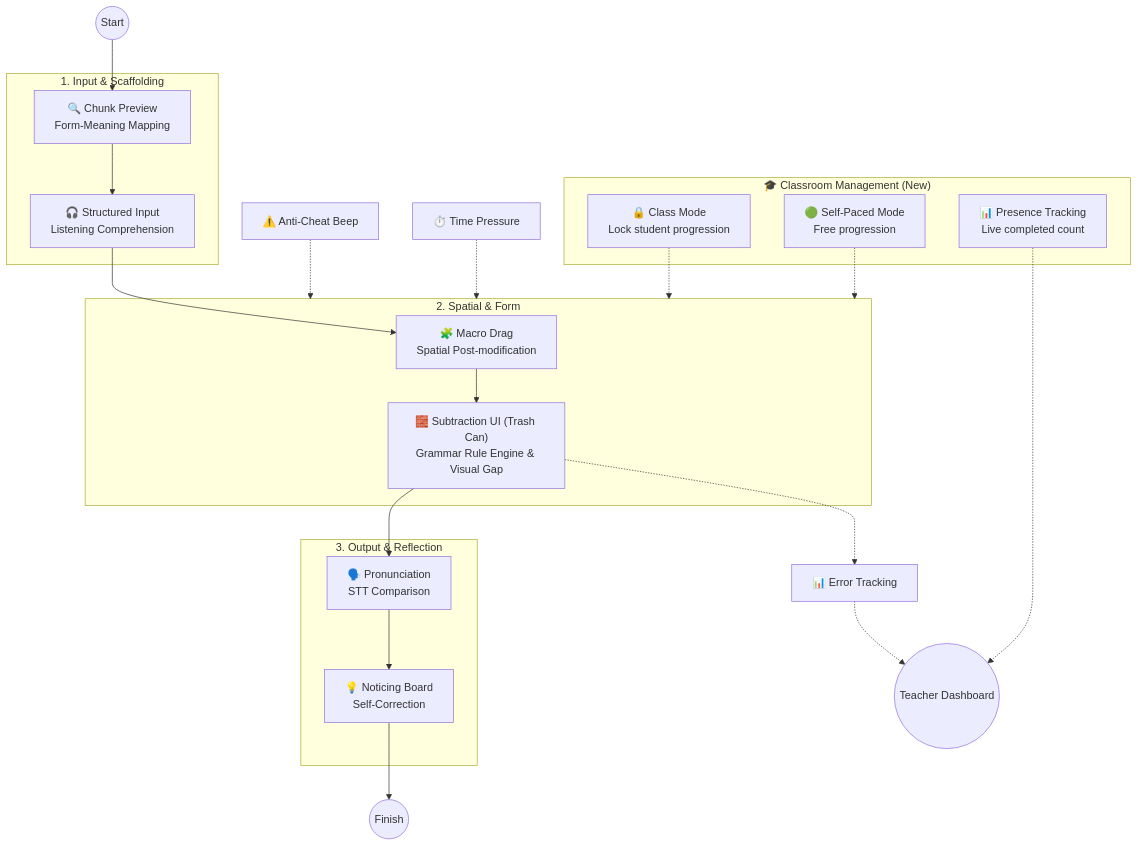
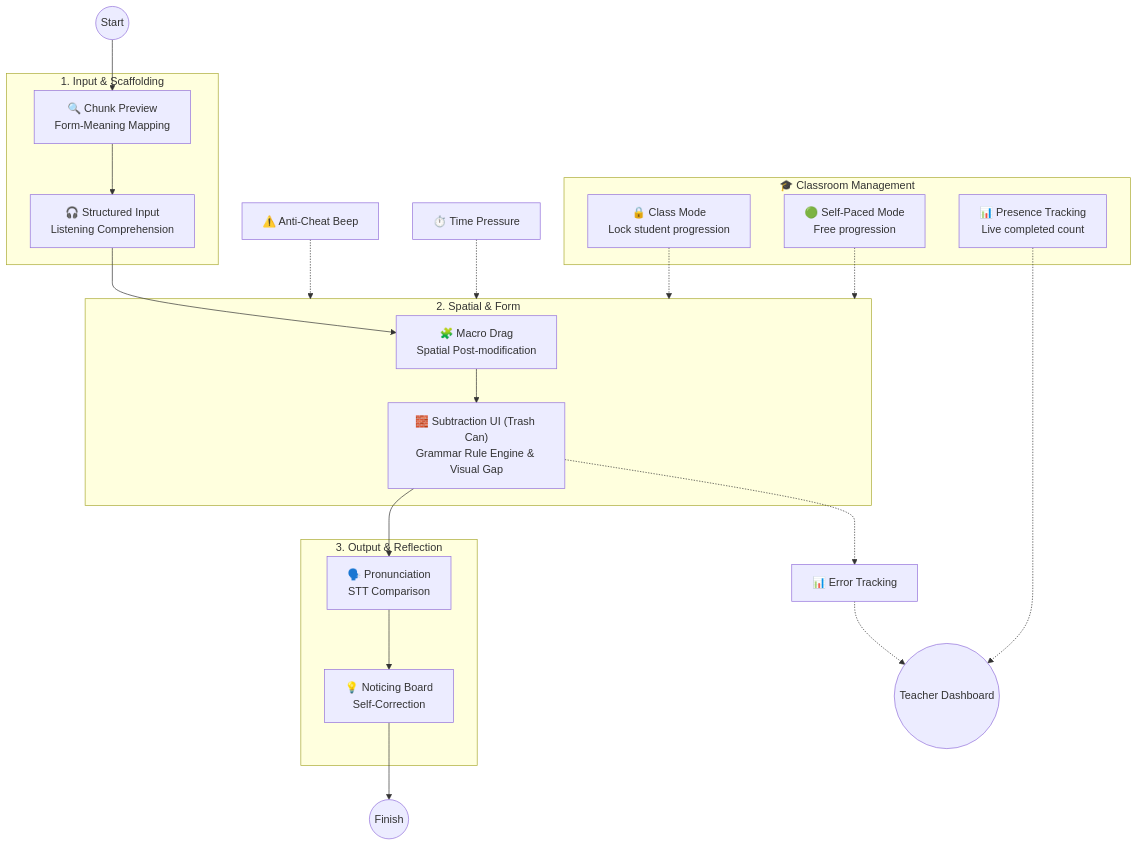
Before and after one commit to ylin3-learner/SyntaxHunt: the first of 3 diagrams in README.md, drawn with Mermaid. The commit also changed other lines of this file and 1 other file, not shown here.

First line of the commit message:
docs(readme): update architecture, multi-tenancy, and auth documentation

````diff
--- a/README.md
+++ b/README.md
@@ -17,44 +17,44 @@
 ```mermaid
 flowchart TD
     Start((Start)) --> Preview
     
     subgraph Presentation ["1. Input & Scaffolding"]
         Preview["🔍 Chunk Preview<br>Form-Meaning Mapping"]
         Input["🎧 Structured Input<br>Listening Comprehension"]
         Preview --> Input
     end
 
     Input --> Macro
     
     subgraph Practice ["2. Spatial & Form"]
         Macro["🧩 Macro Drag<br>Spatial Post-modification"]
         Micro["🧱 Subtraction UI (Trash Can)<br>Grammar Rule Engine & Visual Gap"]
         Macro --> Micro
     end
 
     Micro --> Output
     
     subgraph Production ["3. Output & Reflection"]
         Output["🗣️ Pronunciation<br>STT Comparison"]
         Noticing["💡 Noticing Board<br>Self-Correction"]
         Output --> Noticing
     end
 
     Noticing --> End((Finish))
 
     %% Behaviorism & Classroom Management
     Focus["⚠️ Anti-Cheat Beep"] -.-> Practice
     Timer["⏱️ Time Pressure"] -.-> Practice
     Data["📊 Error Tracking"] -.-> Teacher((Teacher Dashboard))
     Micro -.-> Data
 
-    subgraph ClassroomMgmt ["🎓 Classroom Management (New)"]
+    subgraph ClassroomMgmt ["🎓 Classroom Management"]
         ClassMode["🔒 Class Mode<br>Lock student progression"]
         Presence["📊 Presence Tracking<br>Live completed count"]
         SelfPace["🟢 Self-Paced Mode<br>Free progression"]
     end
 
     ClassMode -.-> Practice
     Presence -.-> Teacher
     SelfPace -.-> Practice
 ```
````
